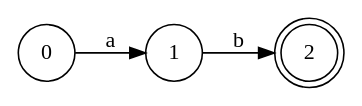
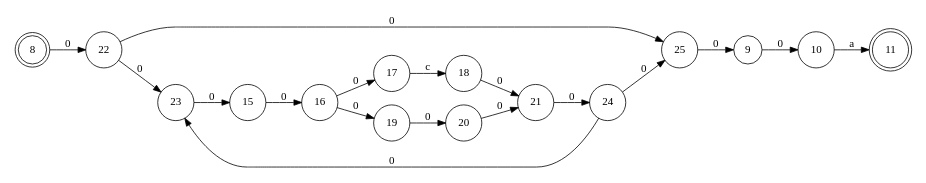
The diagram in output/graph.gv (Josrodjr/lenguajes_proyecto1), drawn with Graphviz before and after one commit. The commit also changed 11 other files, not shown here.

```diff
--- a/output/graph.gv
+++ b/output/graph.gv
@@ -1,8 +1,24 @@
 digraph "graph" {
 	rankdir=LR size="8,5"
 	node [shape=doublecircle]
-	2
+	8
+	11
 	node [shape=circle]
-	0 -> 1 [label=a]
-	1 -> 2 [label=b]
+	8 -> 22 [label=0]
+	9 -> 10 [label=0]
+	10 -> 11 [label=a]
+	25 -> 9 [label=0]
+	22 -> 23 [label=0]
+	23 -> 15 [label=0]
+	24 -> 25 [label=0]
+	24 -> 23 [label=0]
+	22 -> 25 [label=0]
+	21 -> 24 [label=0]
+	15 -> 16 [label=0]
+	16 -> 17 [label=0]
+	16 -> 19 [label=0]
+	17 -> 18 [label=c]
+	19 -> 20 [label=0]
+	18 -> 21 [label=0]
+	20 -> 21 [label=0]
 }
```
